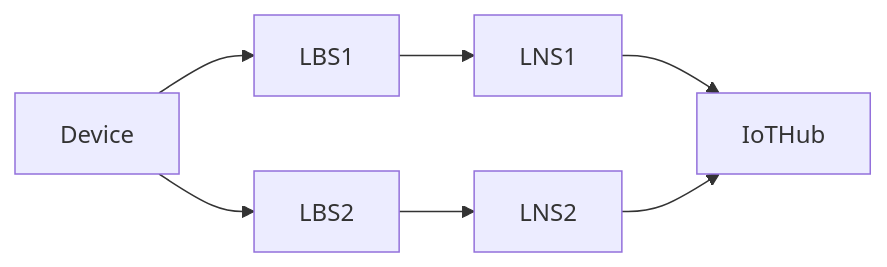
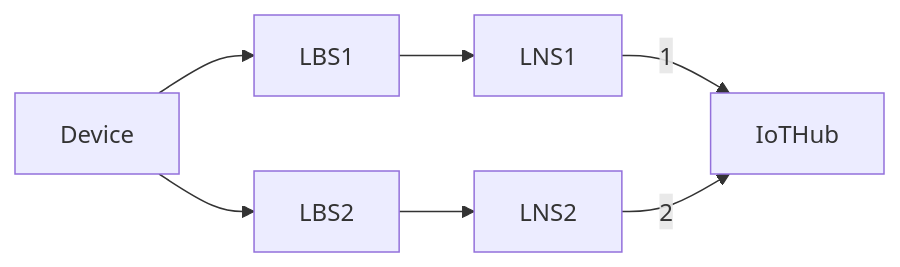
One commit to Azure/iotedge-lorawan-starterkit changed the first of 2 diagrams in docs/adr/009_lns_affinity.md. Above: the diagram before and after it, drawn with Mermaid. The commit also changed other lines of this file, not shown here.

````diff
--- a/docs/adr/009_lns_affinity.md
+++ b/docs/adr/009_lns_affinity.md
@@ -14,5 +14,5 @@
 ```mermaid
 flowchart LR;
-    Device-->LBS1-->LNS1-->IoTHub;
-    Device-->LBS2-->LNS2-->IoTHub;
+    Device-->LBS1-->LNS1--1-->IoTHub;
+    Device-->LBS2-->LNS2--2-->IoTHub;
 ```
````
